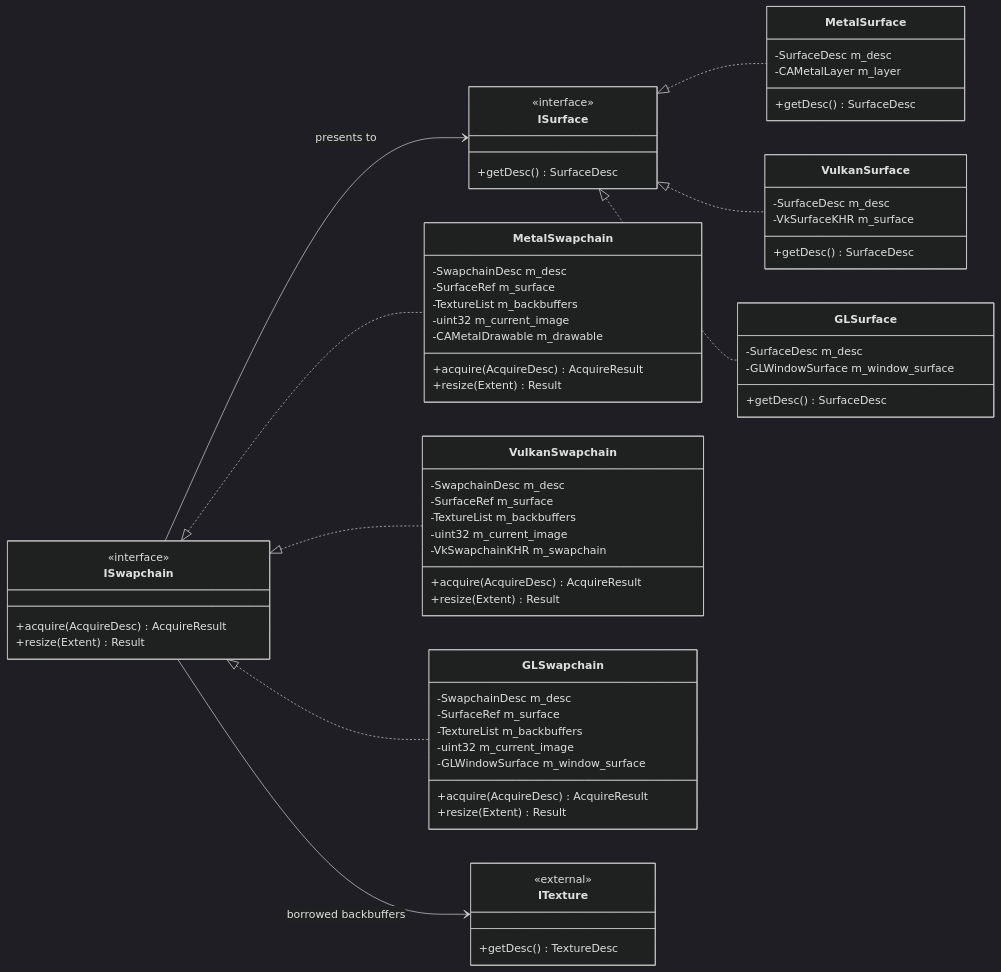
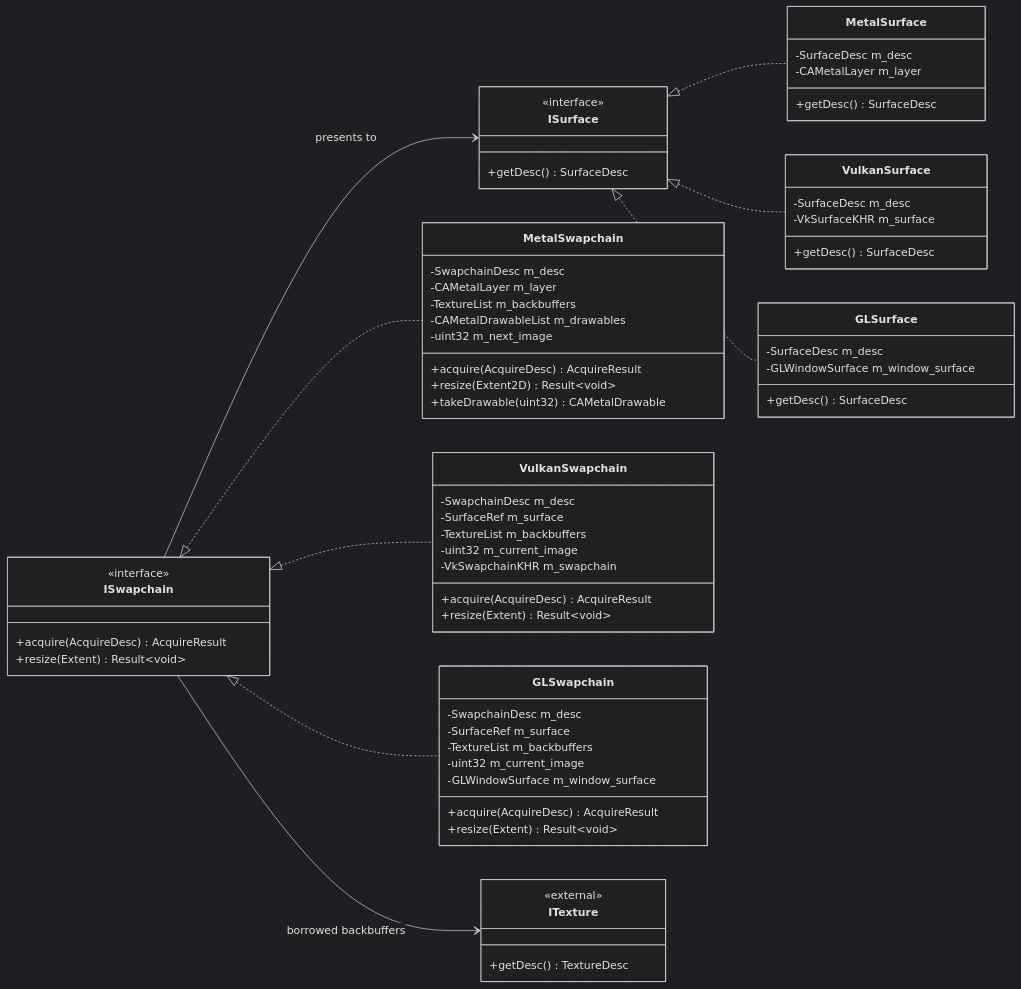
Before and after one commit to oyanymous/mango: the diagram in docs/diagrams/RHI_PRESENTATION.mmd, drawn with Mermaid (dark theme). The commit also changed 164 other files, not shown here.

```diff
--- a/docs/diagrams/RHI_PRESENTATION.mmd
+++ b/docs/diagrams/RHI_PRESENTATION.mmd
@@ -1,69 +1,70 @@
 classDiagram
     direction LR
     %% Proposed design, not source-verified. Native type names are conceptual.
     %% Interfaces declare behavior; concrete backend classes hold implementation state.
     %% Surfaces and swapchain presentation
     %% External references mirror the public APIs in their owning RHI files.
     class ISurface {
         <<interface>>
         +getDesc() SurfaceDesc
     }
     class MetalSurface {
         -SurfaceDesc m_desc
         -CAMetalLayer m_layer
         +getDesc() SurfaceDesc
     }
     class VulkanSurface {
         -SurfaceDesc m_desc
         -VkSurfaceKHR m_surface
         +getDesc() SurfaceDesc
     }
     class GLSurface {
         -SurfaceDesc m_desc
         -GLWindowSurface m_window_surface
         +getDesc() SurfaceDesc
     }
     class ISwapchain {
         <<interface>>
         +acquire(AcquireDesc) AcquireResult
-        +resize(Extent) Result
+        +resize(Extent) Result~void~
     }
     class MetalSwapchain {
         -SwapchainDesc m_desc
-        -SurfaceRef m_surface
+        -CAMetalLayer m_layer
         -TextureList m_backbuffers
-        -uint32 m_current_image
-        -CAMetalDrawable m_drawable
+        -CAMetalDrawableList m_drawables
+        -uint32 m_next_image
         +acquire(AcquireDesc) AcquireResult
-        +resize(Extent) Result
+        +resize(Extent2D) Result~void~
+        +takeDrawable(uint32) CAMetalDrawable
     }
     class VulkanSwapchain {
         -SwapchainDesc m_desc
         -SurfaceRef m_surface
         -TextureList m_backbuffers
         -uint32 m_current_image
         -VkSwapchainKHR m_swapchain
         +acquire(AcquireDesc) AcquireResult
-        +resize(Extent) Result
+        +resize(Extent) Result~void~
     }
     class GLSwapchain {
         -SwapchainDesc m_desc
         -SurfaceRef m_surface
         -TextureList m_backbuffers
         -uint32 m_current_image
         -GLWindowSurface m_window_surface
         +acquire(AcquireDesc) AcquireResult
-        +resize(Extent) Result
+        +resize(Extent) Result~void~
     }
     class ITexture {
         <<external>>
         +getDesc() TextureDesc
     }
     ISurface <|.. MetalSurface
     ISurface <|.. VulkanSurface
     ISurface <|.. GLSurface
     ISwapchain <|.. MetalSwapchain
     ISwapchain <|.. VulkanSwapchain
     ISwapchain <|.. GLSwapchain
     ISwapchain --> ISurface : presents to
     ISwapchain --> ITexture : borrowed backbuffers
```
